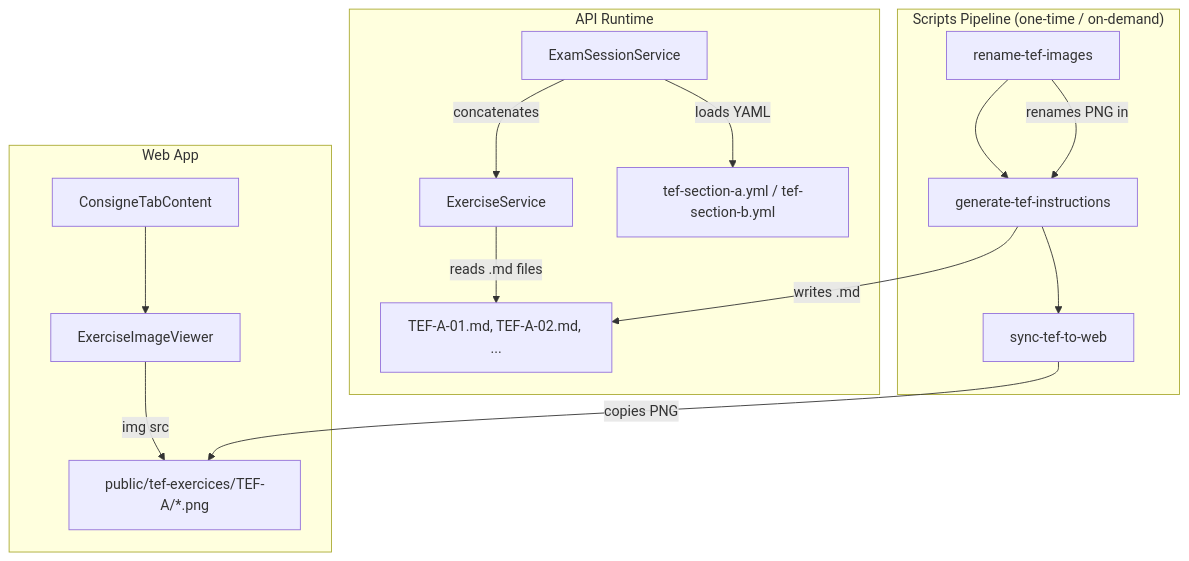
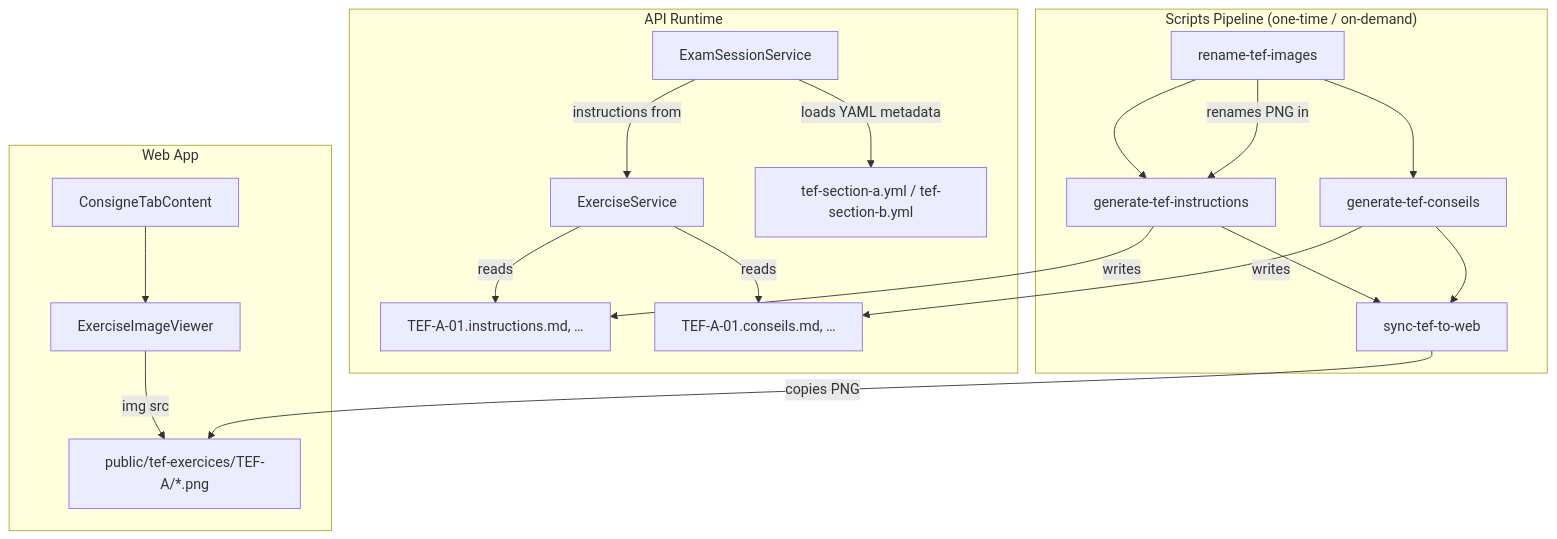
The diagram in docs/superpowers/specs/2026-04-03-tef-exercise-pipeline-design.md (yortyrh/parle-tcf), drawn with Mermaid before and after one commit. The commit also changed other lines of this file and 12 other files, not shown here.

First line of the commit message:
feat(tef): enhance TEF exercise generation and documentation

````diff
--- a/docs/superpowers/specs/2026-04-03-tef-exercise-pipeline-design.md
+++ b/docs/superpowers/specs/2026-04-03-tef-exercise-pipeline-design.md
@@ -13,32 +14,38 @@
 ```mermaid
 graph TD
   subgraph pipeline ["Scripts Pipeline (one-time / on-demand)"]
     rename["rename-tef-images"]
-    generate["generate-tef-instructions"]
+    genInst["generate-tef-instructions"]
+    genCons["generate-tef-conseils"]
     sync["sync-tef-to-web"]
-    rename --> generate
-    generate --> sync
+    rename --> genInst
+    rename --> genCons
+    genInst --> sync
+    genCons --> sync
   end
 
   subgraph api ["API Runtime"]
     exerciseSvc["ExerciseService"]
     sessionSvc["ExamSessionService"]
     yaml["tef-section-a.yml / tef-section-b.yml"]
-    mdFiles["TEF-A-01.md, TEF-A-02.md, ..."]
-    exerciseSvc -->|"reads .md files"| mdFiles
-    sessionSvc -->|"loads YAML"| yaml
-    sessionSvc -->|"concatenates"| exerciseSvc
+    instMd["TEF-A-01.instructions.md, …"]
+    consMd["TEF-A-01.conseils.md, …"]
+    exerciseSvc -->|"reads"| instMd
+    exerciseSvc -->|"reads"| consMd
+    sessionSvc -->|"loads YAML metadata"| yaml
+    sessionSvc -->|"instructions from"| exerciseSvc
   end
 
   subgraph web ["Web App"]
     consigne["ConsigneTabContent"]
     viewer["ExerciseImageViewer"]
     publicImg["public/tef-exercices/TEF-A/*.png"]
     consigne --> viewer
     viewer -->|"img src"| publicImg
   end
 
   sync -->|"copies PNG"| publicImg
-  generate -->|"writes .md"| mdFiles
-  rename -->|"renames PNG in"| generate
+  genInst -->|"writes"| instMd
+  genCons -->|"writes"| consMd
+  rename -->|"renames PNG in"| genInst
 ```
````
